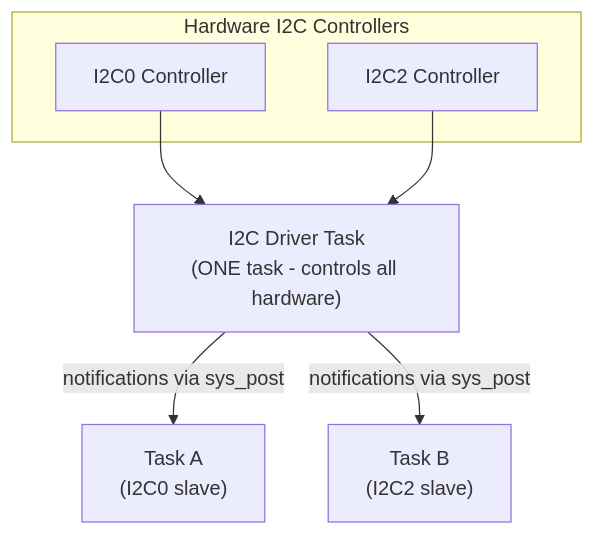
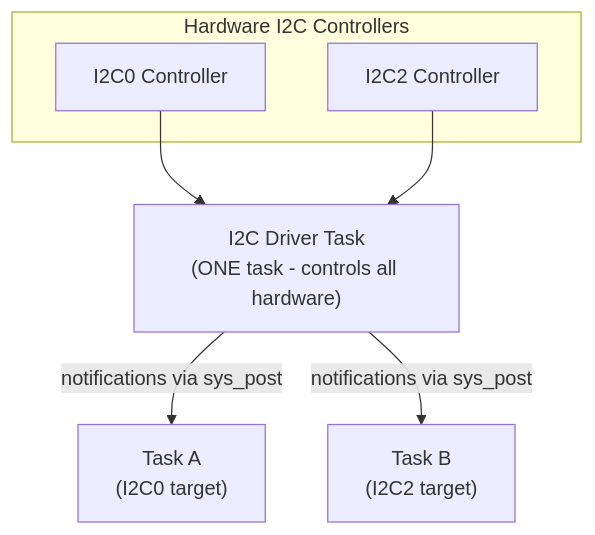
Before and after one commit to OpenPRoT/openprot: the diagram in docs/src/design/i2c/images/multiple_controllers_routing.mmd, drawn with Mermaid. The commit also changed 24 other files, not shown here.

First line of the commit message:
docs(i2c): use inclusive language (controller/target instead of master/slave)

```diff
--- a/docs/src/design/i2c/images/multiple_controllers_routing.mmd
+++ b/docs/src/design/i2c/images/multiple_controllers_routing.mmd
@@ -1,13 +1,13 @@
 flowchart TB
     subgraph HW["Hardware I2C Controllers"]
         I2C0["I2C0 Controller"]
         I2C2["I2C2 Controller"]
     end
     
     DRV["I2C Driver Task<br/>(ONE task - controls all hardware)"]
     
     I2C0 --> DRV
     I2C2 --> DRV
     
-    DRV -->|"notifications via sys_post"| TASK_A["Task A<br/>(I2C0 slave)"]
-    DRV -->|"notifications via sys_post"| TASK_B["Task B<br/>(I2C2 slave)"]
+    DRV -->|"notifications via sys_post"| TASK_A["Task A<br/>(I2C0 target)"]
+    DRV -->|"notifications via sys_post"| TASK_B["Task B<br/>(I2C2 target)"]
```
